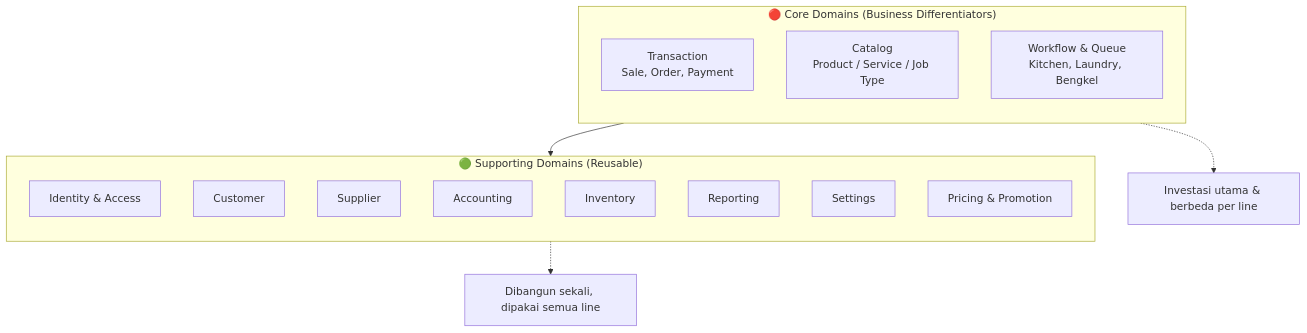
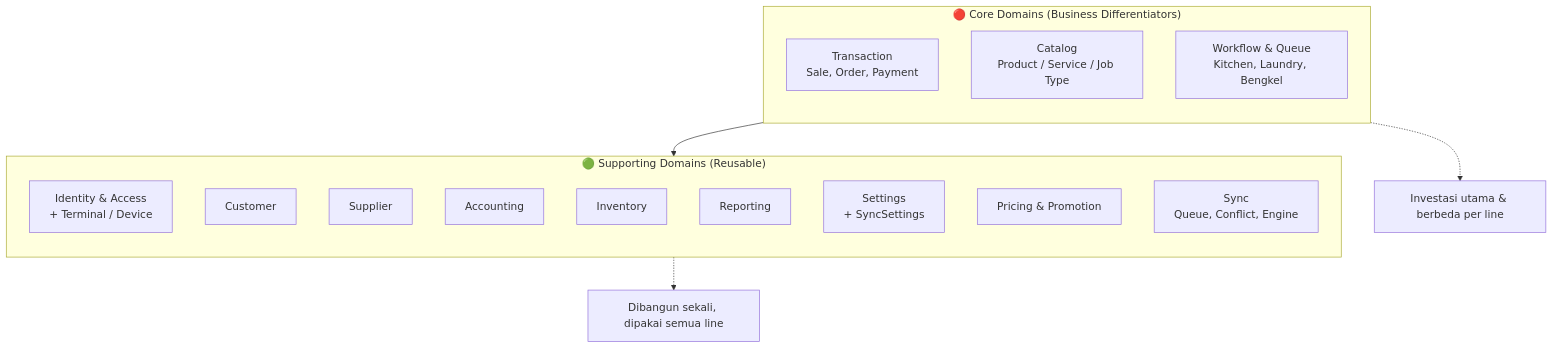
Before and after one commit to vatoer/id.stargan.intikasirfnb: the diagram in docs/diagrams/01-domain-classification.mmd, drawn with Mermaid. The commit also changed 199 other files, not shown here.

```diff
--- a/docs/diagrams/01-domain-classification.mmd
+++ b/docs/diagrams/01-domain-classification.mmd
@@ -1,28 +1,29 @@
 %% DDD Core vs Supporting Domain Classification - PoS Multi-Line
 %% Render with Mermaid (e.g. in VS Code or Mermaid Live Editor)
 
 flowchart TB
     subgraph Core["🔴 Core Domains (Business Differentiators)"]
         direction TB
         C1[Transaction<br/>Sale, Order, Payment]
         C2[Catalog<br/>Product / Service / Job Type]
         C3[Workflow & Queue<br/>Kitchen, Laundry, Bengkel]
     end
 
     subgraph Support["🟢 Supporting Domains (Reusable)"]
         direction TB
-        S1[Identity & Access]
+        S1[Identity & Access<br/>+ Terminal / Device]
         S2[Customer]
         S3[Supplier]
         S4[Accounting]
         S5[Inventory]
         S6[Reporting]
-        S7[Settings]
+        S7[Settings<br/>+ SyncSettings]
         S8[Pricing & Promotion]
+        S9[Sync<br/>Queue, Conflict, Engine]
     end
 
     Core --> Support
     note1[Investasi utama & berbeda per line]
     note2[Dibangun sekali, dipakai semua line]
     Core -.-> note1
     Support -.-> note2
```
